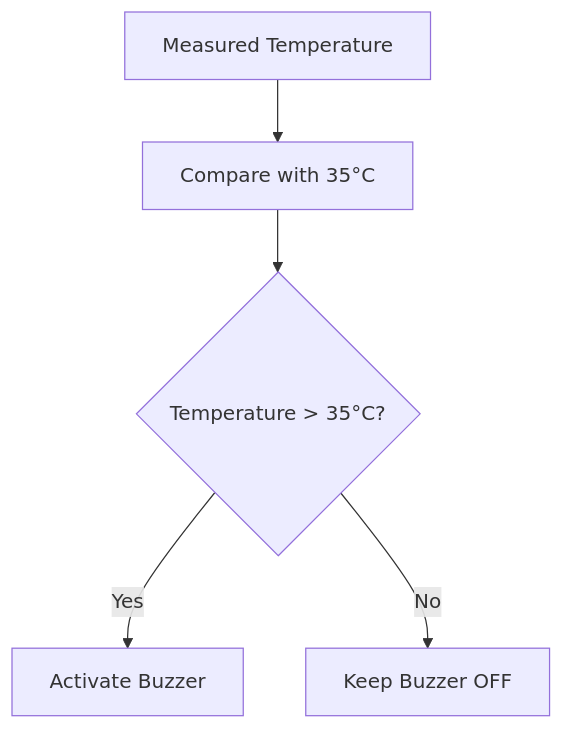
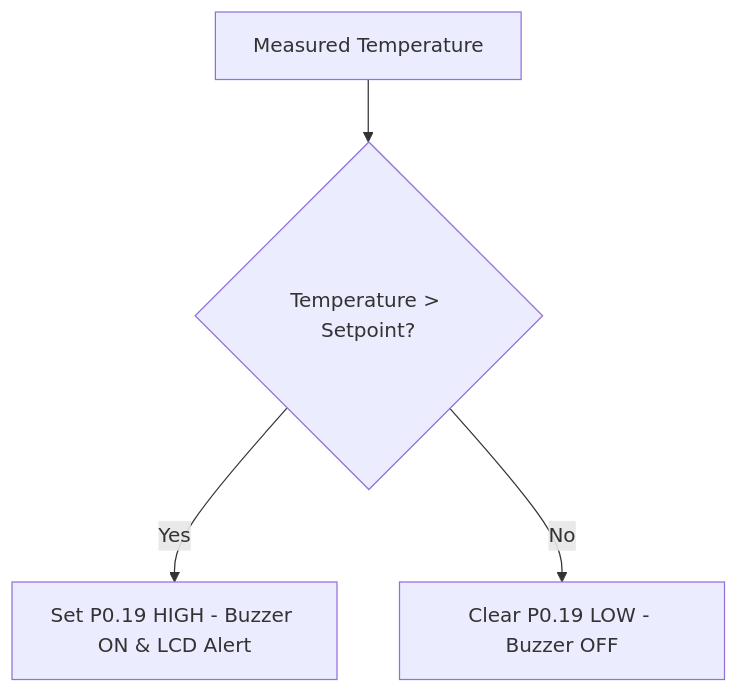
Before and after one commit to maghambhanu/LPC2148-Industrial-Environment-Monitor: the ninth of 10 diagrams in README.md, drawn with Mermaid. The commit also changed other lines of this file, not shown here.

````diff
--- a/README.md
+++ b/README.md
@@ -383,7 +316,6 @@
 ```mermaid
 flowchart TD
-    A[Measured Temperature] --> B[Compare with 35°C]
-    B --> C{Temperature > 35°C?}
-    C -->|Yes| D[Activate Buzzer]
-    C -->|No| E[Keep Buzzer OFF]
+    A[Measured Temperature] --> B{Temperature > Setpoint?}
+    B -->|Yes| C[Set P0.19 HIGH - Buzzer ON & LCD Alert]
+    B -->|No| D[Clear P0.19 LOW - Buzzer OFF]
 ```
````
